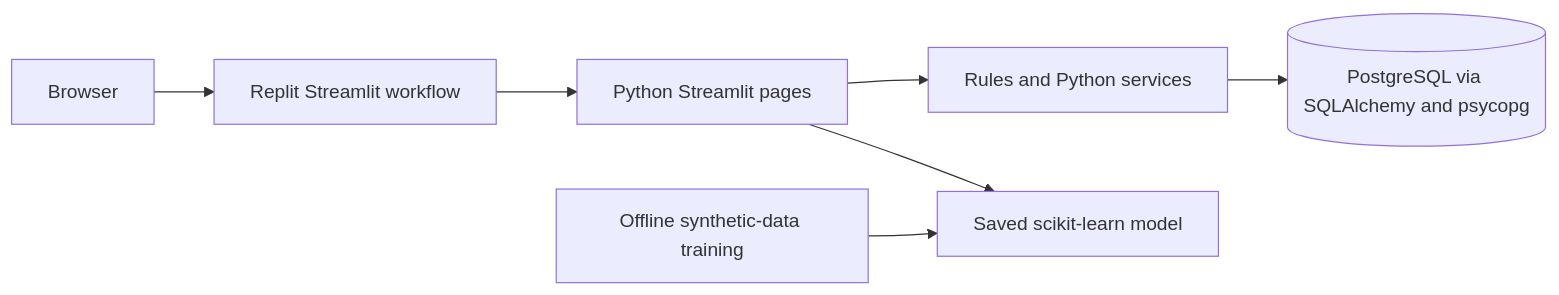
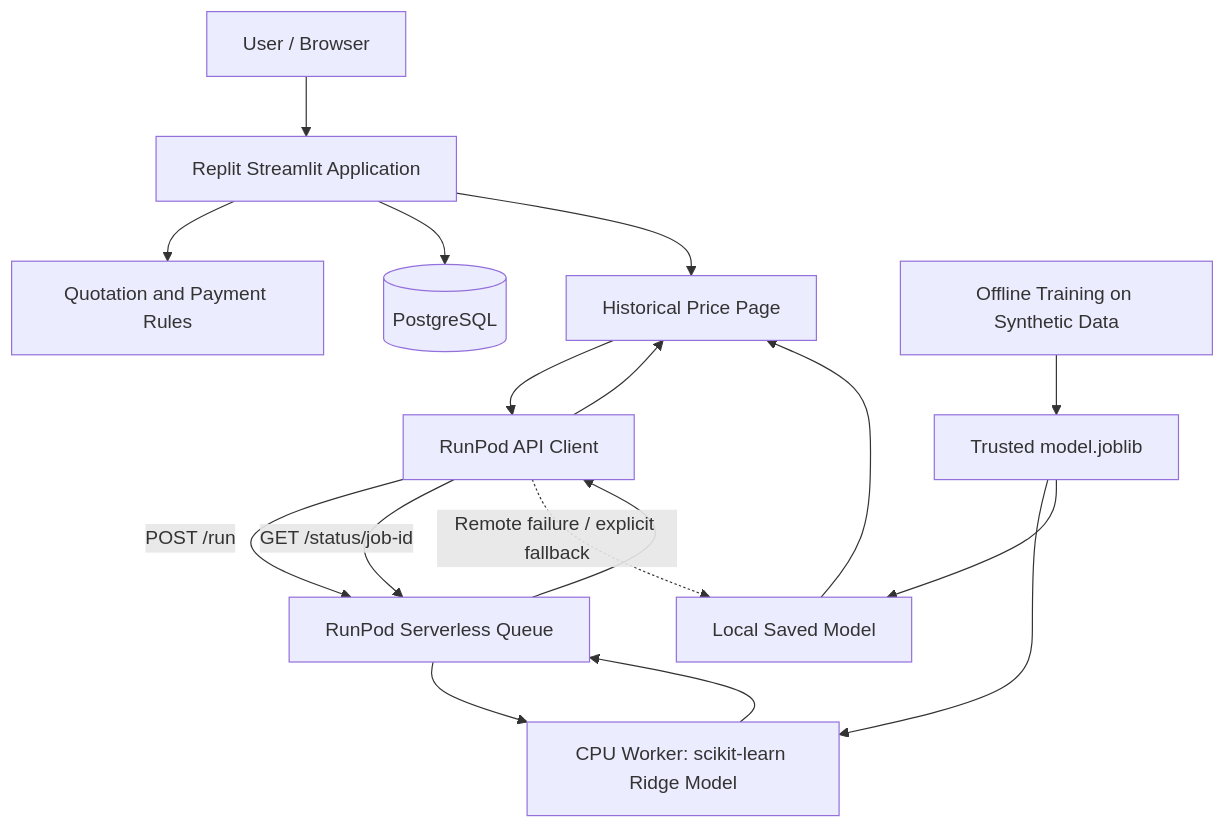
One commit to The-Wildest-Dream/SDC-project changed the diagram in README.md. Above: the diagram before and after it, drawn with Mermaid. The commit also changed other lines of this file, not shown here.

````diff
--- a/README.md
+++ b/README.md
@@ -77,9 +123,19 @@
 ```mermaid
-flowchart LR
-  User[Browser] --> Replit[Replit Streamlit workflow]
-  Replit --> Pages[Python Streamlit pages]
-  Pages --> Services[Rules and Python services]
-  Services --> DB[(PostgreSQL via SQLAlchemy and psycopg)]
-  Pages --> Model[Saved scikit-learn model]
-  Trainer[Offline synthetic-data training] --> Model
+flowchart TD
+    U[User / Browser] --> R[Replit Streamlit Application]
+    R --> P[Quotation and Payment Rules]
+    R --> DB[(PostgreSQL)]
+    R --> H[Historical Price Page]
+    H --> C[RunPod API Client]
+    C -->|POST /run| Q[RunPod Serverless Queue]
+    C -->|GET /status/job-id| Q
+    Q --> W[CPU Worker: scikit-learn Ridge Model]
+    W --> Q
+    Q --> C
+    C --> H
+    C -. Remote failure / explicit fallback .-> L[Local Saved Model]
+    L --> H
+    T[Offline Training on Synthetic Data] --> A[Trusted model.joblib]
+    A --> W
+    A --> L
 ```
````
